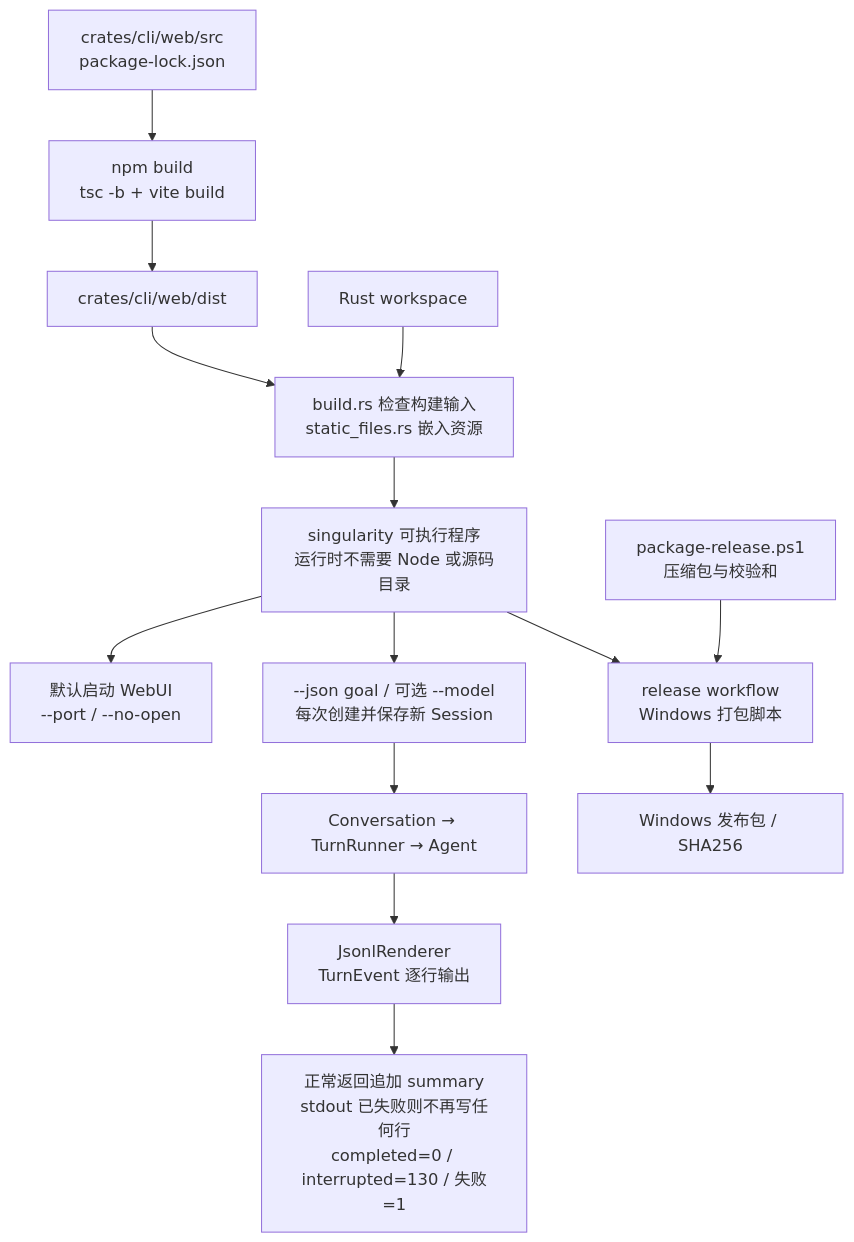
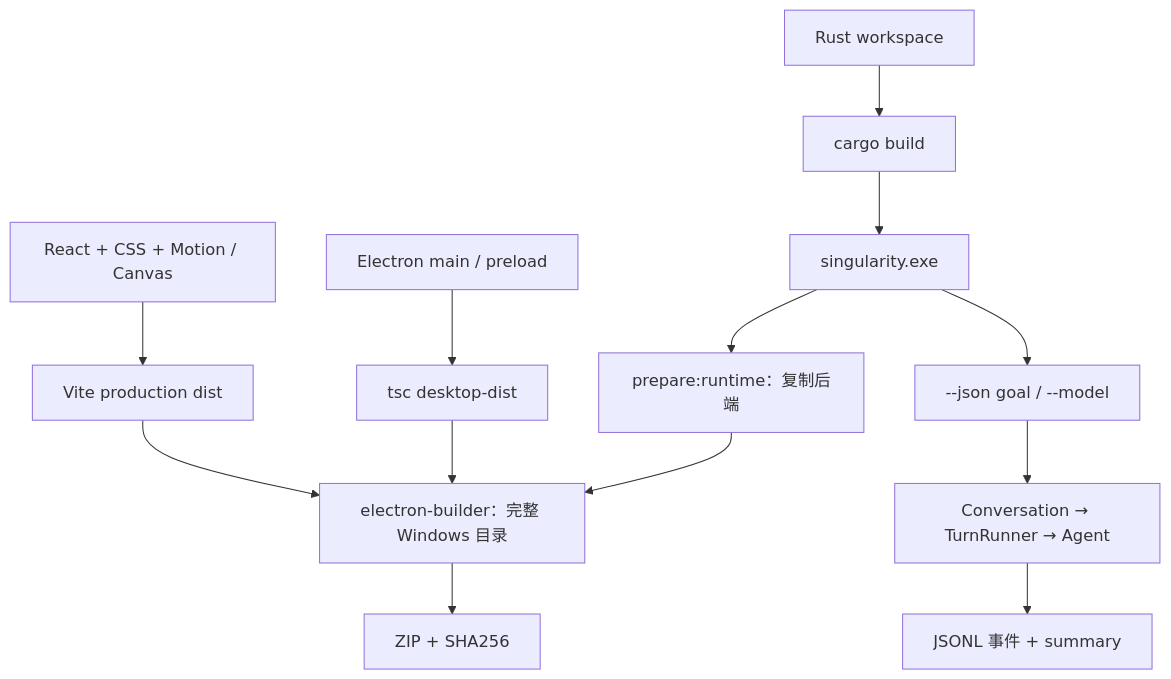
Before and after one commit to qjcnmd/singularity-agent: diagram 29 of 29 in docs/architecture.md, drawn with Mermaid. The commit also changed other lines of this file and 193 other files, not shown here.

````diff
--- a/docs/architecture.md
+++ b/docs/architecture.md
@@ -808,16 +808,15 @@
 ```mermaid
 flowchart TB
-    React["crates/cli/web/src<br/>package-lock.json"] --> Build["npm build<br/>tsc -b + vite build"]
-    Build --> Dist["crates/cli/web/dist"]
-    Dist --> Cargo["build.rs 检查构建输入<br/>static_files.rs 嵌入资源"]
-    Rust["Rust workspace"] --> Cargo
-    Cargo --> Binary["singularity 可执行程序<br/>运行时不需要 Node 或源码目录"]
-    Binary --> Web["默认启动 WebUI<br/>--port / --no-open"]
-    Binary --> JSON["--json goal / 可选 --model<br/>每次创建并保存新 Session"]
+    React["React + CSS + Motion / Canvas"] --> Vite["Vite production dist"]
+    Desktop["Electron main / preload"] --> TS["tsc desktop-dist"]
+    Rust["Rust workspace"] --> Cargo["cargo build"]
+    Cargo --> Binary["singularity.exe"]
+    Binary --> Prepare["prepare:runtime：复制后端"]
+    Vite --> Package["electron-builder：完整 Windows 目录"]
+    TS --> Package
+    Prepare --> Package
+    Package --> Release["ZIP + SHA256"]
+    Binary --> JSON["--json goal / --model"]
     JSON --> Runtime["Conversation → TurnRunner → Agent"]
-    Runtime --> Renderer["JsonlRenderer<br/>TurnEvent 逐行输出"]
-    Renderer --> Summary["正常返回追加 summary<br/>stdout 已失败则不再写任何行<br/>completed=0 / interrupted=130 / 失败=1"]
-    Binary --> Release["release workflow<br/>Windows 打包脚本"]
-    Package["package-release.ps1<br/>压缩包与校验和"] --> Release
-    Release --> Artifacts["Windows 发布包 / SHA256"]
+    Runtime --> Summary["JSONL 事件 + summary"]
 ```
````
